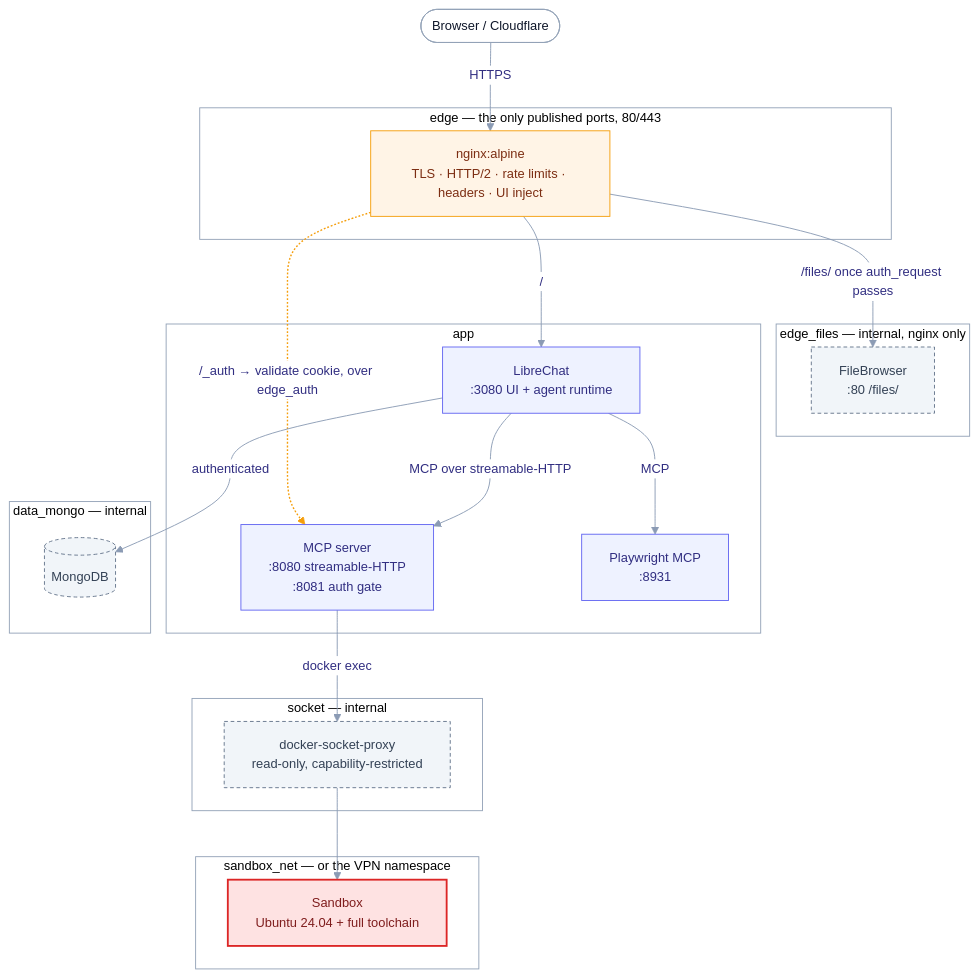
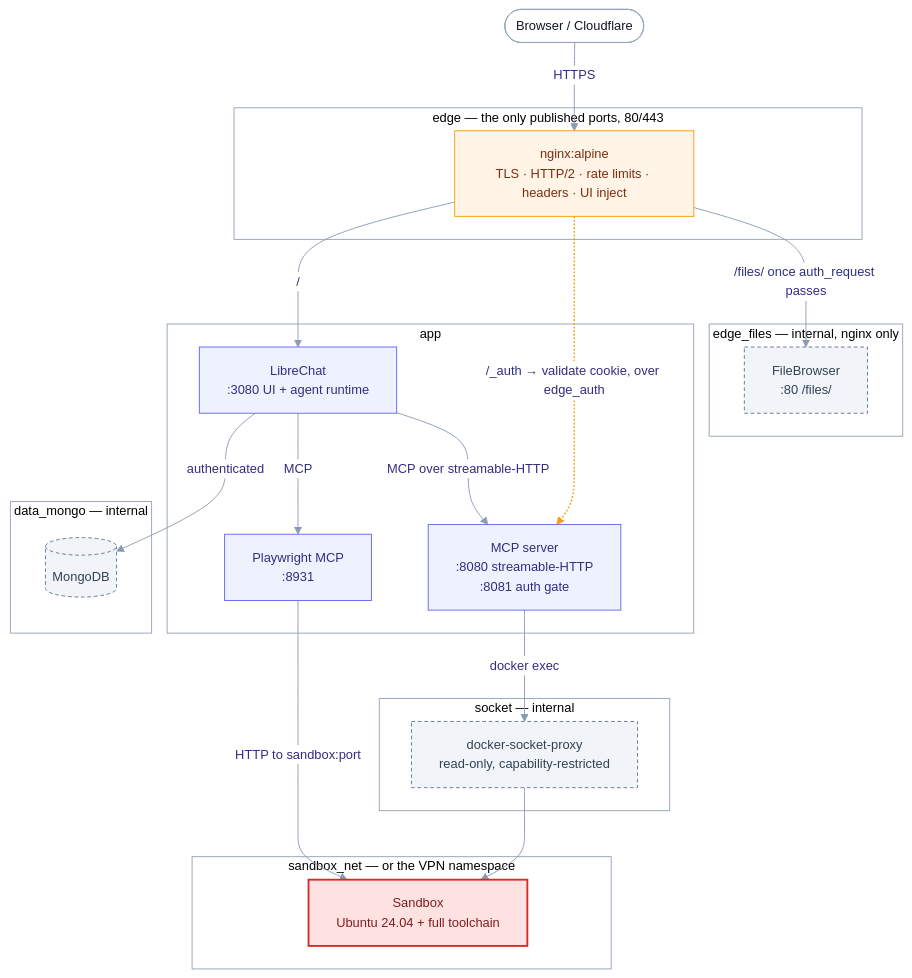
The first of 2 diagrams in README.md (Kirill-Vaa/Libre-Box), drawn with Mermaid before and after one commit. The commit also changed other lines of this file and 2 other files, not shown here.

Commit message:
feat(playwright): open sandbox files and servers from the browser

````diff
--- a/README.md
+++ b/README.md
@@ -71,59 +71,60 @@
 ```mermaid
 %%{init: {"theme":"base","themeVariables":{"fontSize":"14px","textColor":"#7d8590","lineColor":"#8b9bb4","primaryColor":"#eef2ff","primaryTextColor":"#312e81","primaryBorderColor":"#6366f1","clusterBkg":"transparent","clusterBorder":"#94a3b8","edgeLabelBackground":"#ffffff"}}}%%
 flowchart TB
     accTitle: Libre Box container topology
-    accDescr: nginx is the only service that publishes ports, and it fronts both LibreChat and FileBrowser over separate networks, so FileBrowser and the auth gate are reachable from nginx alone. LibreChat drives the MCP server and Playwright over streamable-HTTP, and the MCP server reaches the sandbox only through a read-only Docker socket proxy.
+    accDescr: nginx is the only service that publishes ports, and it fronts both LibreChat and FileBrowser over separate networks, so FileBrowser and the auth gate are reachable from nginx alone. LibreChat drives the MCP server and Playwright over streamable-HTTP, the MCP server reaches the sandbox only through a read-only Docker socket proxy, and Playwright opens servers in the sandbox over sandbox_net.
 
     Client(["Browser / Cloudflare"])
 
     subgraph EDGE["edge — the only published ports, 80/443"]
         NGINX["nginx:alpine<br/>TLS · HTTP/2 · rate limits · headers · UI inject"]
     end
 
     subgraph EFILES["edge_files — internal, nginx only"]
         FB["FileBrowser<br/>:80 /files/"]
     end
 
     subgraph APP["app"]
         LC["LibreChat<br/>:3080 UI + agent runtime"]
         MCP["MCP server<br/>:8080 streamable-HTTP<br/>:8081 auth gate"]
         PW["Playwright MCP<br/>:8931"]
     end
 
     subgraph SOCK["socket — internal"]
         PROXY["docker-socket-proxy<br/>read-only, capability-restricted"]
     end
 
     subgraph SBX["sandbox_net — or the VPN namespace"]
         SANDBOX["Sandbox<br/>Ubuntu 24.04 + full toolchain"]
     end
 
     subgraph DMONGO["data_mongo — internal"]
         MONGO[("MongoDB")]
     end
 
     Client -->|"HTTPS"| NGINX
     NGINX -->|"/"| LC
     NGINX -.->|"/_auth → validate cookie, over edge_auth"| MCP
     NGINX -->|"/files/ once auth_request passes"| FB
     LC -->|"MCP over streamable-HTTP"| MCP
     LC -->|"MCP"| PW
     LC -->|"authenticated"| MONGO
     MCP -->|"docker exec"| PROXY
     PROXY --> SANDBOX
+    PW -->|"HTTP to sandbox:port"| SANDBOX
 
     classDef external fill:#ffffff,stroke:#94a3b8,stroke-width:1px,color:#0f172a
     classDef edgeSvc fill:#fff4e6,stroke:#f59e0b,stroke-width:1px,color:#7c2d12
     classDef appSvc fill:#eef2ff,stroke:#6366f1,stroke-width:1px,color:#312e81
     classDef internalSvc fill:#f1f5f9,stroke:#64748b,stroke-width:1px,stroke-dasharray:4 3,color:#334155
     classDef privileged fill:#fee2e2,stroke:#dc2626,stroke-width:2px,color:#7f1d1d
     classDef volume fill:#ecfdf5,stroke:#10b981,stroke-width:1px,color:#064e3b
 
     class Client external
     class NGINX edgeSvc
     class LC,MCP,PW appSvc
     class FB,PROXY,MONGO internalSvc
     class SANDBOX privileged
 
     linkStyle 2 stroke:#f59e0b,stroke-width:1.5px
 ```
````
